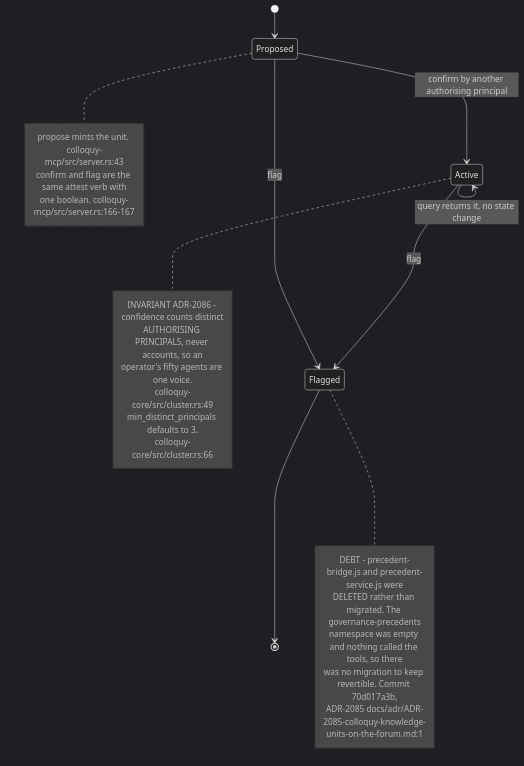
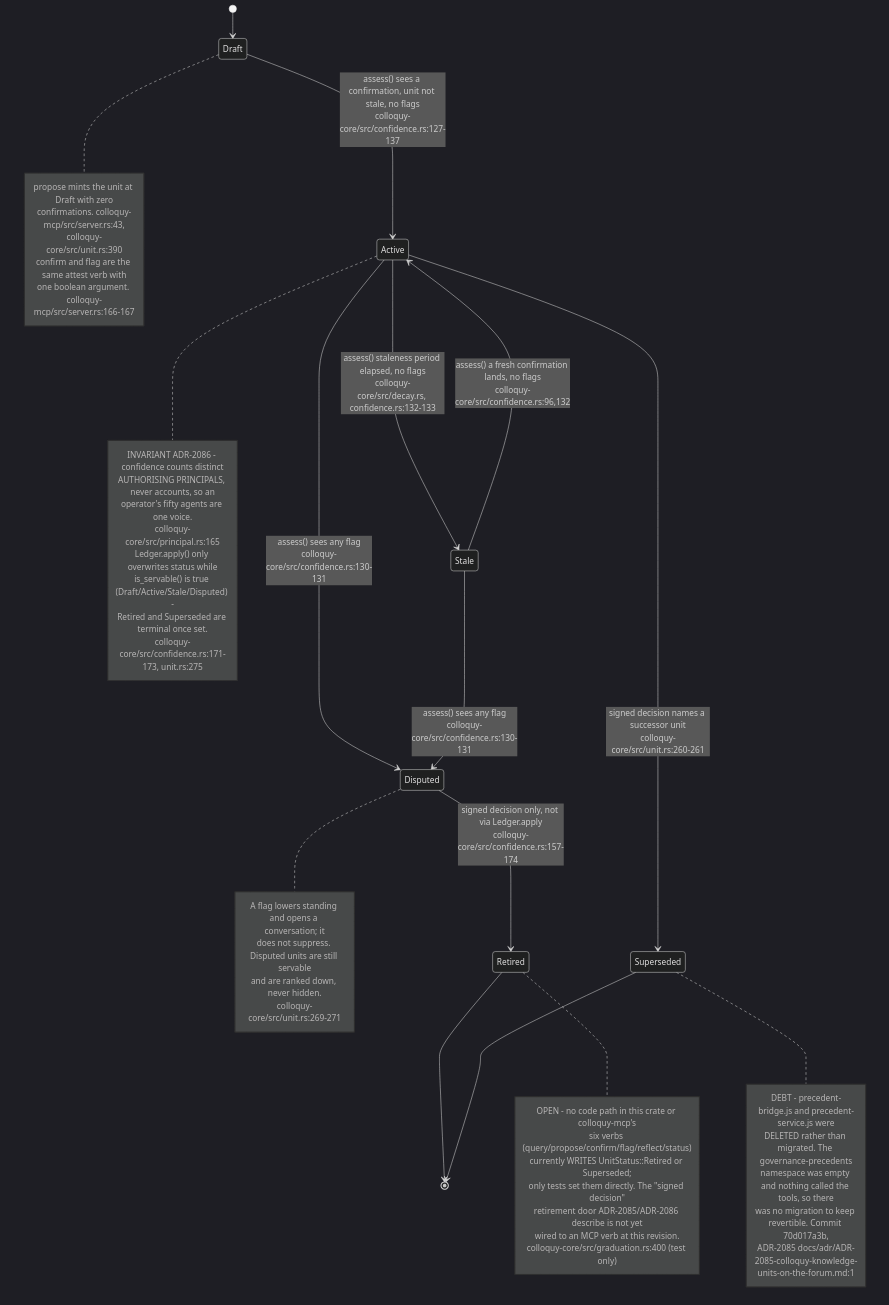
One commit to DreamLab-AI/VisionFlow changed the sixth of 12 diagrams in docs/diagrams/agentbox/22-skills-and-routing.md. Above: the diagram before and after it, drawn with Mermaid (dark theme). The commit also changed other lines of this file and 136 other files, not shown here.

First line of the commit message:
docs(diagrams): refresh the whole corpus to code HEAD and prune low-value diagrams

````diff
--- a/docs/diagrams/agentbox/22-skills-and-routing.md
+++ b/docs/diagrams/agentbox/22-skills-and-routing.md
@@ -251,29 +252,53 @@
 ```mermaid
 stateDiagram-v2
-    [*] --> Proposed
-    Proposed --> Active: confirm by another authorising principal
-    Proposed --> Flagged: flag
-    Active --> Active: query returns it, no state change
-    Active --> Flagged: flag
-    Flagged --> [*]
-    note right of Proposed
-        propose mints the unit. colloquy-mcp/src/server.rs:43
+    [*] --> Draft
+    Draft --> Active: assess() sees a confirmation, unit not stale, no flags<br/>colloquy-core/src/confidence.rs:127-137
+    Active --> Stale: assess() staleness period elapsed, no flags<br/>colloquy-core/src/decay.rs, confidence.rs:132-133
+    Stale --> Active: assess() a fresh confirmation lands, no flags<br/>colloquy-core/src/confidence.rs:96,132
+    Active --> Disputed: assess() sees any flag<br/>colloquy-core/src/confidence.rs:130-131
+    Stale --> Disputed: assess() sees any flag<br/>colloquy-core/src/confidence.rs:130-131
+    Disputed --> Retired: signed decision only, not via Ledger.apply<br/>colloquy-core/src/confidence.rs:157-174
+    Retired --> [*]
+    Active --> Superseded: signed decision names a successor unit<br/>colloquy-core/src/unit.rs:260-261
+    Superseded --> [*]
+
+    note right of Draft
+        propose mints the unit at Draft with zero
+        confirmations. colloquy-mcp/src/server.rs:43,
+        colloquy-core/src/unit.rs:390
         confirm and flag are the same attest verb with
-        one boolean. colloquy-mcp/src/server.rs:166-167
+        one boolean argument. colloquy-mcp/src/server.rs:166-167
     end note
     note right of Active
         INVARIANT ADR-2086 - confidence counts distinct
         AUTHORISING PRINCIPALS, never accounts, so an
         operator's fifty agents are one voice.
-        colloquy-core/src/cluster.rs:49
-        min_distinct_principals defaults to 3.
-        colloquy-core/src/cluster.rs:66
+        colloquy-core/src/principal.rs:165
+        Ledger.apply() only overwrites status while
+        is_servable() is true (Draft/Active/Stale/Disputed) -
+        Retired and Superseded are terminal once set.
+        colloquy-core/src/confidence.rs:171-173, unit.rs:275
     end note
-    note right of Flagged
+    note right of Disputed
+        A flag lowers standing and opens a conversation; it
+        does not suppress. Disputed units are still servable
+        and are ranked down, never hidden.
+        colloquy-core/src/unit.rs:269-271
+    end note
+    note right of Retired
+        OPEN - no code path in this crate or colloquy-mcp's
+        six verbs (query/propose/confirm/flag/reflect/status)
+        currently WRITES UnitStatus::Retired or Superseded;
+        only tests set them directly. The "signed decision"
+        retirement door ADR-2085/ADR-2086 describe is not yet
+        wired to an MCP verb at this revision.
+        colloquy-core/src/graduation.rs:400 (test only)
+    end note
+    note right of Superseded
         DEBT - precedent-bridge.js and precedent-service.js were
         DELETED rather than migrated. The governance-precedents
         namespace was empty and nothing called the tools, so there
         was no migration to keep revertible. Commit 70d017a3b,
         ADR-2085 docs/adr/ADR-2085-colloquy-knowledge-units-on-the-forum.md:1
     end note
 ```
````
